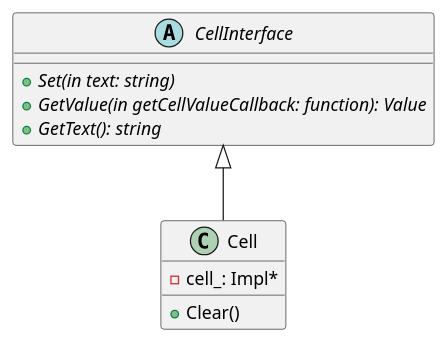
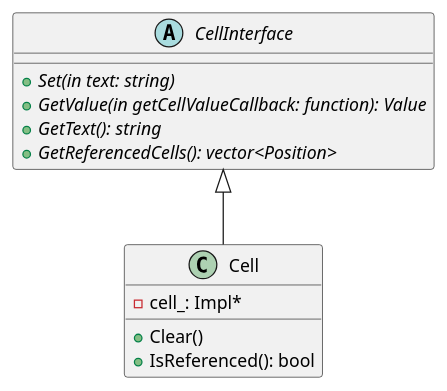
Before and after one commit to kazarynau/YandexPraktikumFinal: the diagram in uml/cell.puml, drawn with PlantUML. The commit also changed 4 other files, not shown here.

Commit message:
Add GetReferencedCells

```diff
--- a/uml/cell.puml
+++ b/uml/cell.puml
@@ -2,16 +2,18 @@
 @startuml
 
 abstract class CellInterface {
     +{abstract} Set(in text: string)
     +{abstract} GetValue(in getCellValueCallback: function): Value
     +{abstract} GetText(): string
+    +{abstract} GetReferencedCells(): vector<Position>
 }
 
 class Cell {
     +Clear()
+    +IsReferenced(): bool
     -cell_: Impl*
 }
 
 class Cell extends CellInterface
 
 @enduml
```
